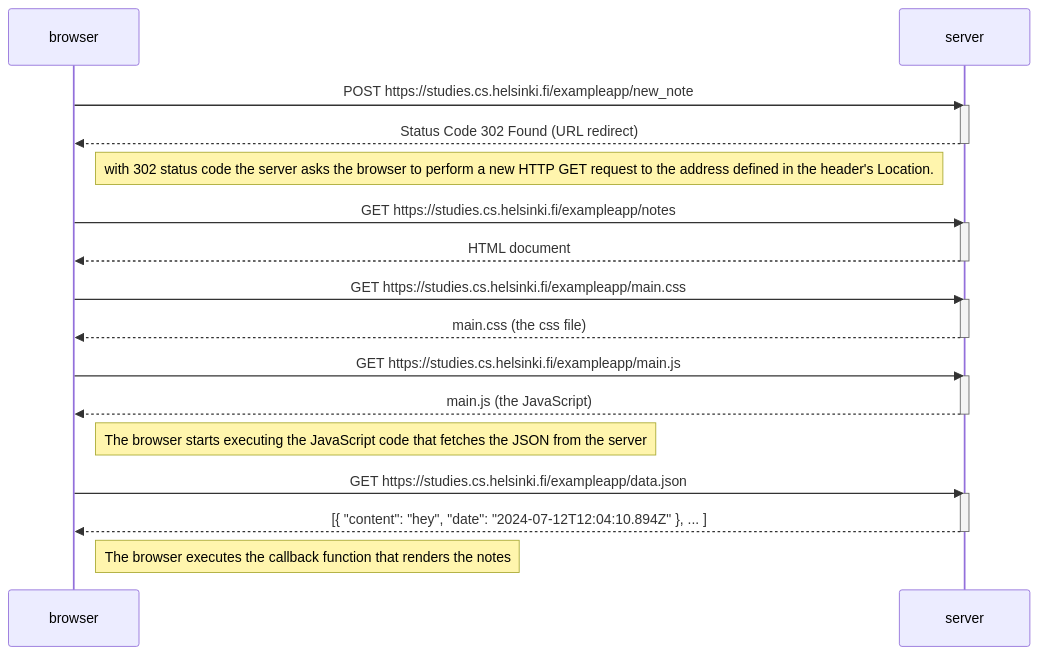
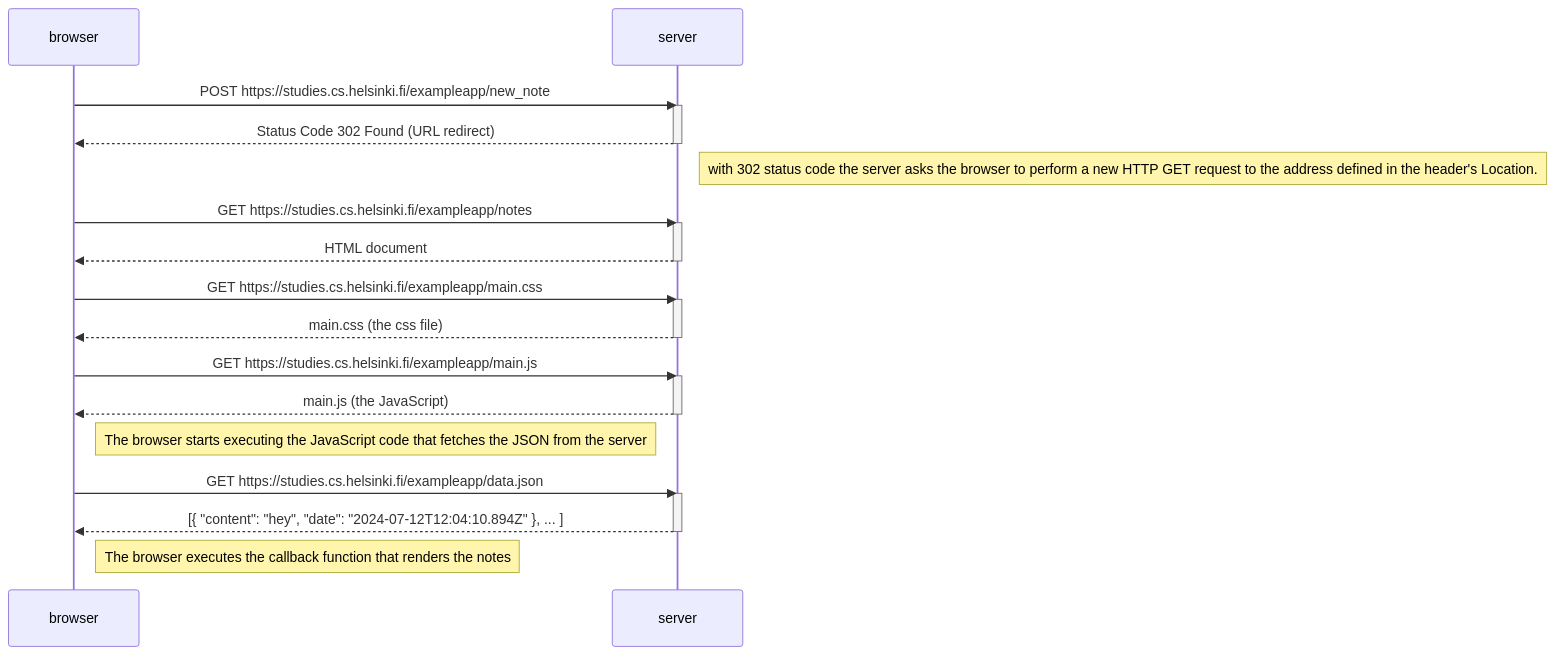
Before and after one commit to XXChen914/Part0: the diagram in 0.4-new-note-diagram.md, drawn with Mermaid.

````diff
--- a/0.4-new-note-diagram.md
+++ b/0.4-new-note-diagram.md
@@ -1,36 +1,36 @@
 ```mermaid
 sequenceDiagram
     participant browser
     participant server
 
     browser->>server: POST https://studies.cs.helsinki.fi/exampleapp/new_note
     activate server
     server-->>browser: Status Code 302 Found (URL redirect)
     deactivate server
 
-    Note left of server: with 302 status code the server asks the browser to perform a new HTTP GET request to the address defined in the header's Location.
+    Note right of server: with 302 status code the server asks the browser to perform a new HTTP GET request to the address defined in the header's Location.
 
     browser->>server: GET https://studies.cs.helsinki.fi/exampleapp/notes
     activate server
     server-->>browser: HTML document
     deactivate server
 
     browser->>server: GET https://studies.cs.helsinki.fi/exampleapp/main.css
     activate server
     server-->>browser: main.css (the css file)
     deactivate server
 
     browser->>server: GET https://studies.cs.helsinki.fi/exampleapp/main.js
     activate server
     server-->>browser: main.js (the JavaScript)
     deactivate server
 
     Note right of browser: The browser starts executing the JavaScript code that fetches the JSON from the server
 
     browser->>server: GET https://studies.cs.helsinki.fi/exampleapp/data.json
     activate server
     server-->>browser: [{ "content": "hey", "date": "2024-07-12T12:04:10.894Z" }, ... ]
     deactivate server
 
     Note right of browser: The browser executes the callback function that renders the notes
 ```
````
